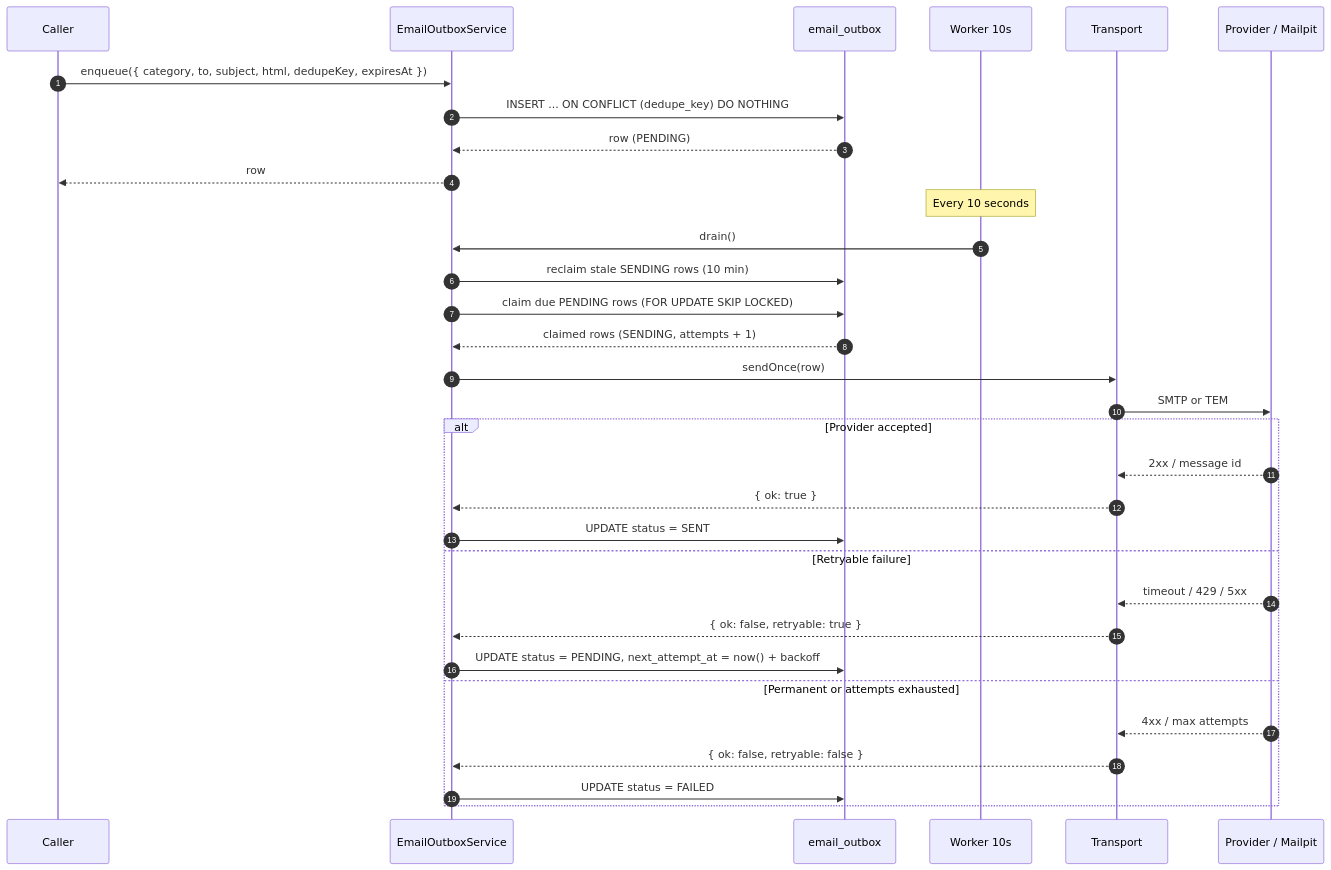
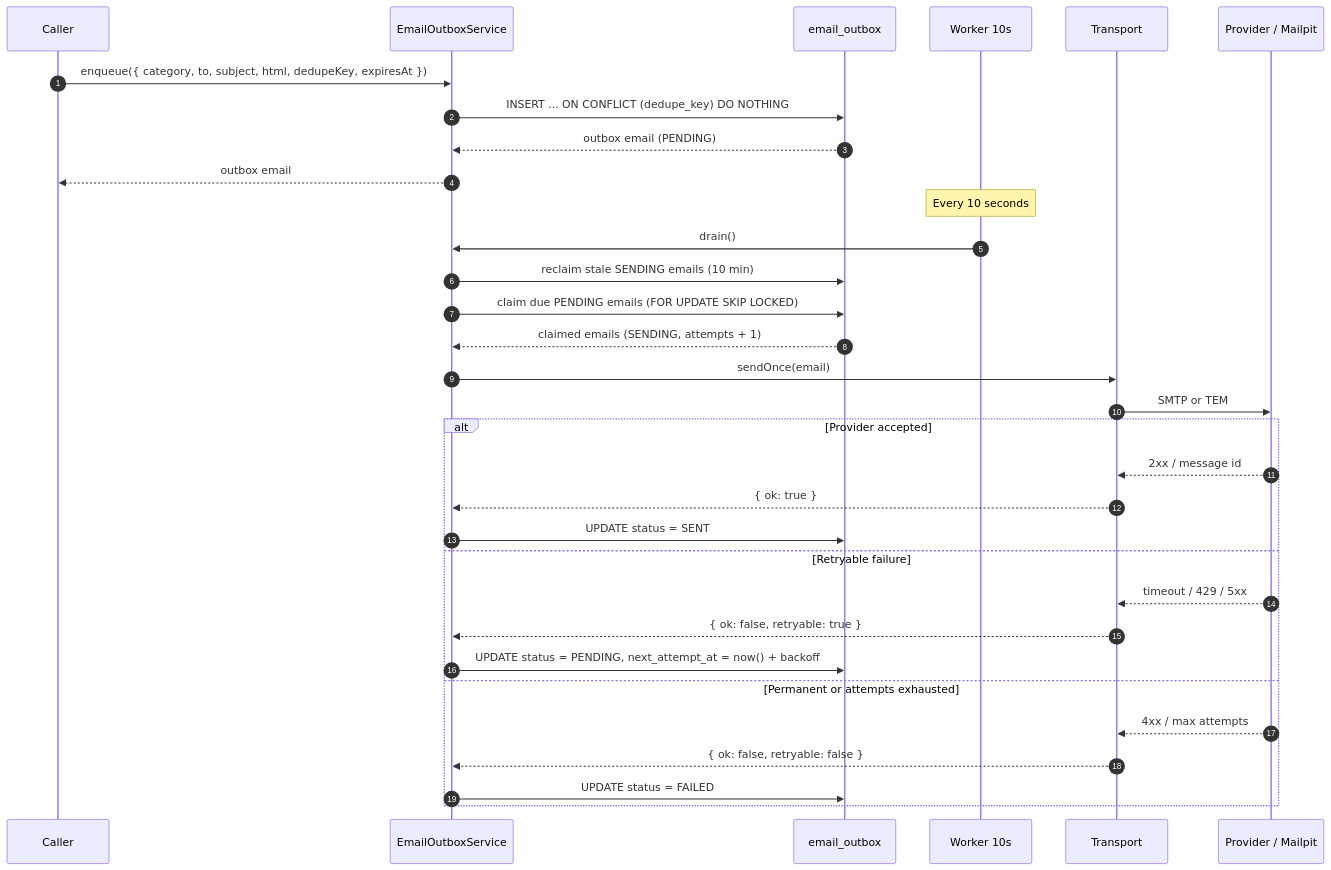
Before and after one commit to Caluno-GmbH/caluno: the second of 5 diagrams in docs/specs/2026-10-21-email-outbox-design.md, drawn with Mermaid. The commit also changed other lines of this file, not shown here.

First line of the commit message:
docs(email): sync the outbox design with current behavior

````diff
--- a/docs/specs/2026-10-21-email-outbox-design.md
+++ b/docs/specs/2026-10-21-email-outbox-design.md
@@ -66,36 +66,36 @@
 ```mermaid
 sequenceDiagram
   autonumber
   participant C as Caller
   participant O as EmailOutboxService
   participant D as email_outbox
   participant W as Worker 10s
   participant T as Transport
   participant P as Provider / Mailpit
 
   C->>O: enqueue({ category, to, subject, html, dedupeKey, expiresAt })
   O->>D: INSERT ... ON CONFLICT (dedupe_key) DO NOTHING
-  D-->>O: row (PENDING)
-  O-->>C: row
+  D-->>O: outbox email (PENDING)
+  O-->>C: outbox email
 
   Note over W: Every 10 seconds
   W->>O: drain()
-  O->>D: reclaim stale SENDING rows (10 min)
-  O->>D: claim due PENDING rows (FOR UPDATE SKIP LOCKED)
-  D-->>O: claimed rows (SENDING, attempts + 1)
-  O->>T: sendOnce(row)
+  O->>D: reclaim stale SENDING emails (10 min)
+  O->>D: claim due PENDING emails (FOR UPDATE SKIP LOCKED)
+  D-->>O: claimed emails (SENDING, attempts + 1)
+  O->>T: sendOnce(email)
   T->>P: SMTP or TEM
   alt Provider accepted
     P-->>T: 2xx / message id
     T-->>O: { ok: true }
     O->>D: UPDATE status = SENT
   else Retryable failure
     P-->>T: timeout / 429 / 5xx
     T-->>O: { ok: false, retryable: true }
     O->>D: UPDATE status = PENDING, next_attempt_at = now() + backoff
   else Permanent or attempts exhausted
     P-->>T: 4xx / max attempts
     T-->>O: { ok: false, retryable: false }
     O->>D: UPDATE status = FAILED
   end
 ```
````
